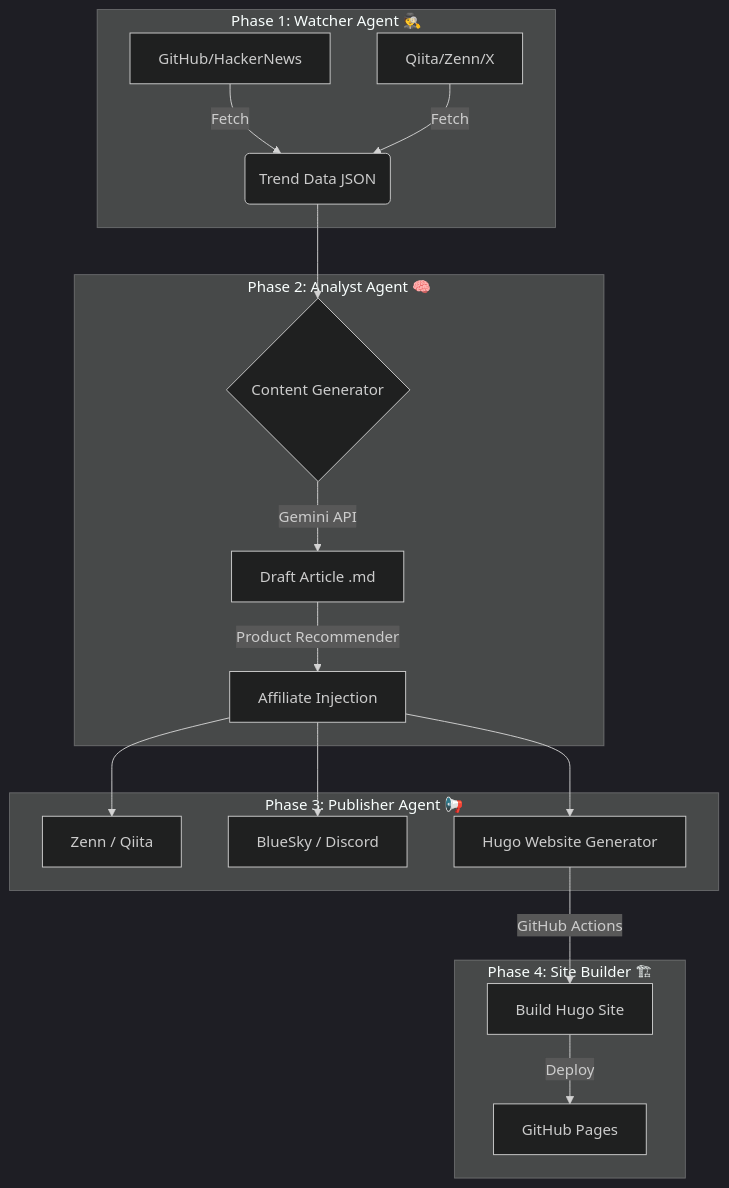
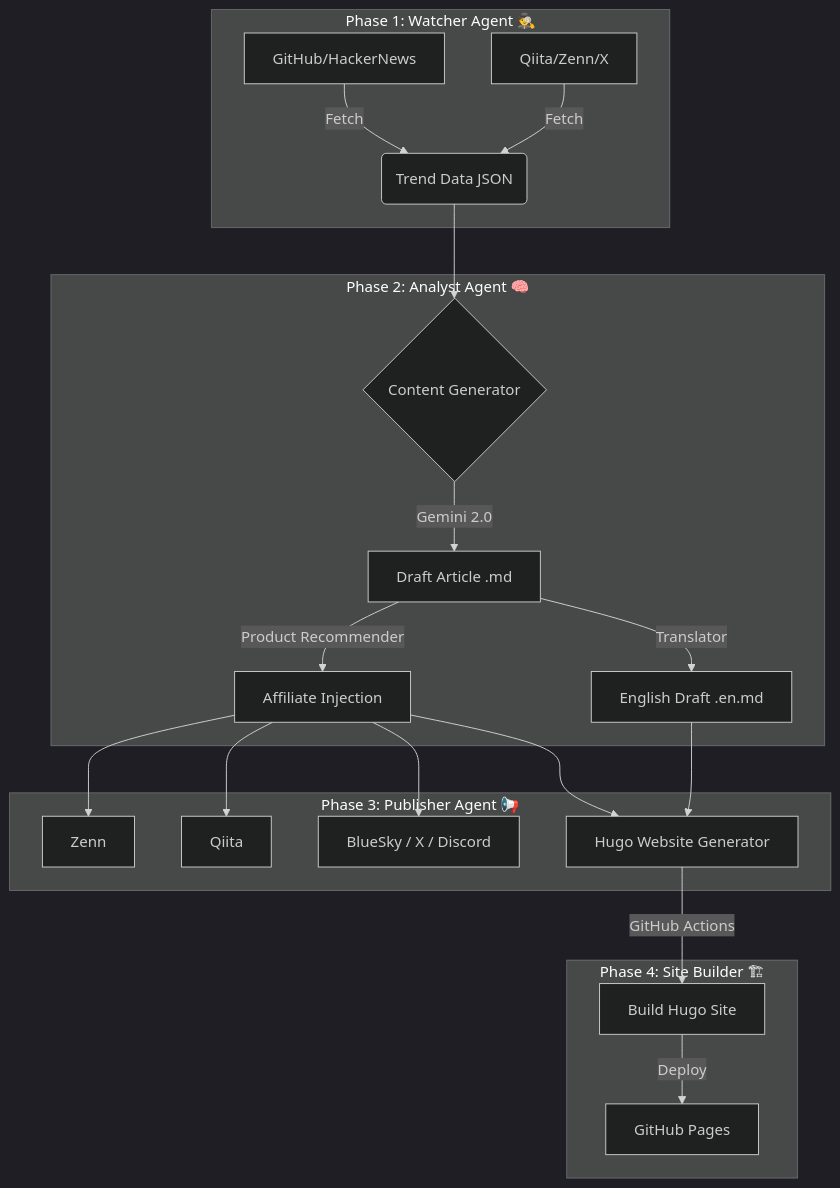
The diagram in README.md (shironaganegi/osaka-karaoke-bot), drawn with Mermaid (dark theme) before and after one commit. The commit also changed other lines of this file, not shown here.

````diff
--- a/README.md
+++ b/README.md
@@ -25,24 +27,26 @@
 ```mermaid
 graph TD
     subgraph "Phase 1: Watcher Agent 🕵️"
         A[GitHub/HackerNews] -->|Fetch| B(Trend Data JSON)
         C[Qiita/Zenn/X] -->|Fetch| B
     end
     
     subgraph "Phase 2: Analyst Agent 🧠"
         B --> D{Content Generator}
-        D -->|Gemini API| E[Draft Article .md]
+        D -->|Gemini 2.0| E[Draft Article .md]
         E -->|Product Recommender| F[Affiliate Injection]
+        E -->|Translator| G[English Draft .en.md]
     end
     
     subgraph "Phase 3: Publisher Agent 📢"
-        F --> G[Zenn / Qiita]
-        F --> H[BlueSky / Discord]
-        F --> I[Hugo Website Generator]
+        F --> H[Zenn]
+        F --> I[Qiita]
+        F --> J[BlueSky / X / Discord]
+        F & G --> K[Hugo Website Generator]
     end
     
     subgraph "Phase 4: Site Builder 🏗"
-        I -->|GitHub Actions| J[Build Hugo Site]
-        J -->|Deploy| K[GitHub Pages]
+        K -->|GitHub Actions| L[Build Hugo Site]
+        L -->|Deploy| M[GitHub Pages]
     end
 ```
````
